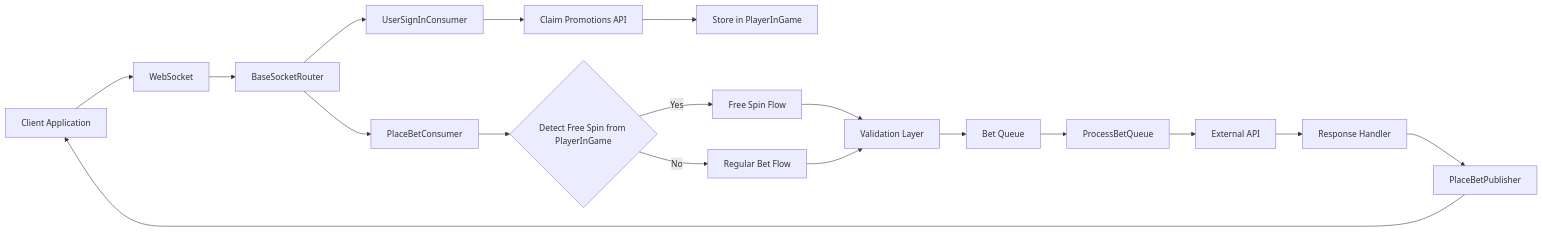
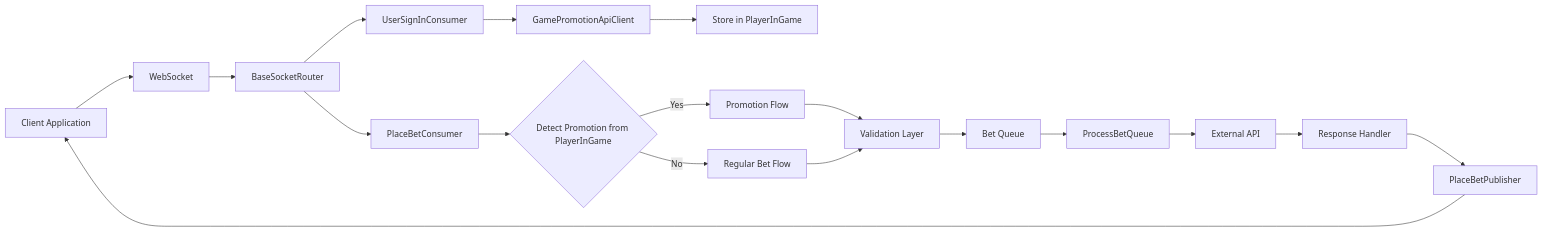
One commit to starixvn/l1_sc-packages_sc-game-base changed the first of 13 diagrams in diagrams/place-bet-flow-diagram.md. Above: the diagram before and after it, drawn with Mermaid. The commit also changed other lines of this file and 16 other files, not shown here.

````diff
--- a/diagrams/place-bet-flow-diagram.md
+++ b/diagrams/place-bet-flow-diagram.md
@@ -9,22 +9,22 @@
 ```mermaid
 flowchart LR
     Client[Client Application] --> Socket[WebSocket]
     Socket --> Router[BaseSocketRouter]
 
     Router --> SignIn[UserSignInConsumer]
-    SignIn --> ClaimPromo[Claim Promotions API]
-    ClaimPromo --> StoreData[Store in PlayerInGame]
+    SignIn --> OfficialAPI[GamePromotionApiClient]
+    OfficialAPI --> StoreData[Store in PlayerInGame]
 
     Router --> Consumer[PlaceBetConsumer]
-    Consumer --> DetectFreeSpin{Detect Free Spin from PlayerInGame}
-    DetectFreeSpin -->|Yes| FreeSpinFlow[Free Spin Flow]
-    DetectFreeSpin -->|No| RegularFlow[Regular Bet Flow]
-    FreeSpinFlow --> Validation[Validation Layer]
+    Consumer --> DetectPromotion{Detect Promotion from PlayerInGame}
+    DetectPromotion -->|Yes| PromotionFlow[Promotion Flow]
+    DetectPromotion -->|No| RegularFlow[Regular Bet Flow]
+    PromotionFlow --> Validation[Validation Layer]
     RegularFlow --> Validation
     Validation --> Queue[Bet Queue]
     Queue --> Processor[ProcessBetQueue]
     Processor --> API[External API]
     API --> Response[Response Handler]
     Response --> Publisher[PlaceBetPublisher]
     Publisher --> Client
 ```
````
